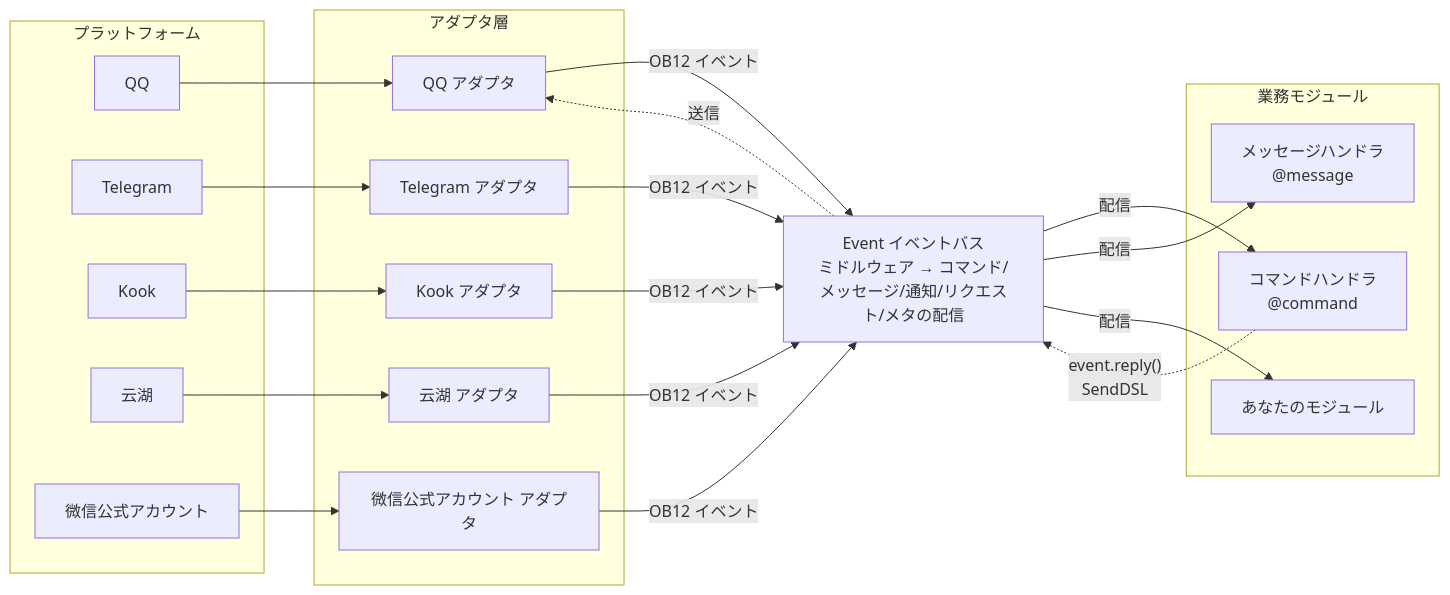
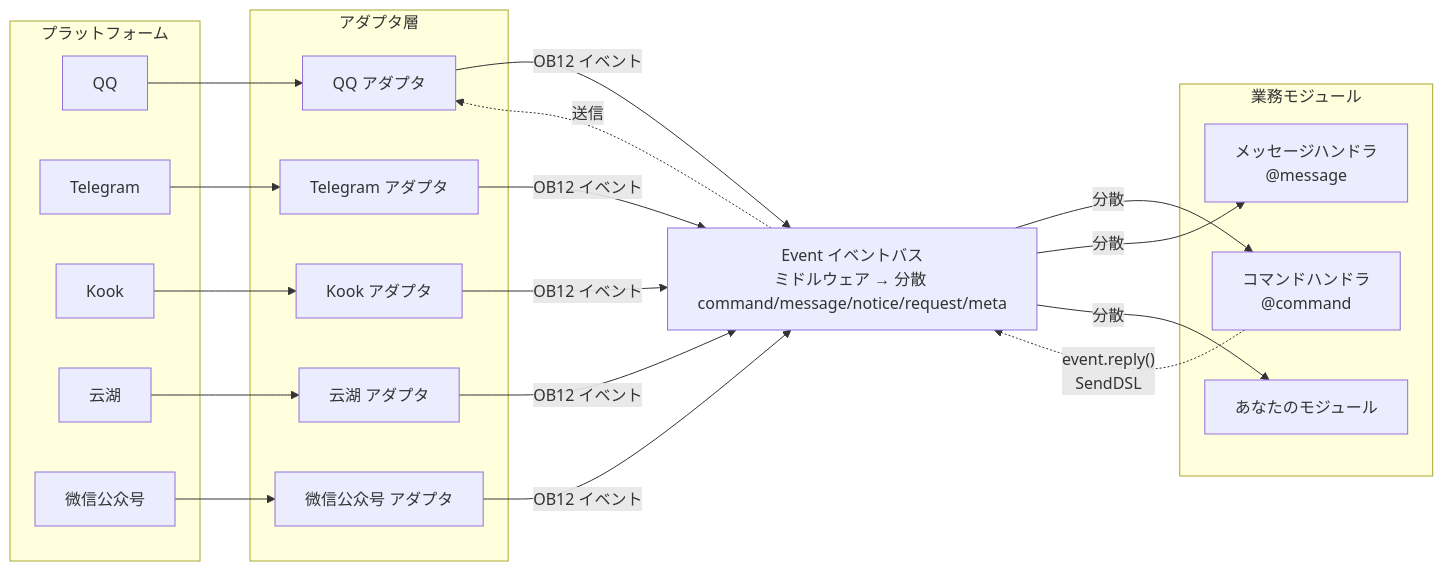
One commit to ErisPulse/ErisPulse changed the first of 2 diagrams in README.ja.md. Above: the diagram before and after it, drawn with Mermaid. The commit also changed other lines of this file and 7 other files, not shown here.

````diff
--- a/README.ja.md
+++ b/README.ja.md
@@ -112,45 +112,45 @@
 ```mermaid
 graph LR
     subgraph Platforms[プラットフォーム]
         QQ["QQ"]
         TG["Telegram"]
         Kook["Kook"]
         YH["云湖"]
-        WX["微信公式アカウント"]
+        WX["微信公众号"]
     end
 
     subgraph Adapters[アダプタ層]
         A1["QQ アダプタ"]
         A2["Telegram アダプタ"]
         A3["Kook アダプタ"]
         A4["云湖 アダプタ"]
-        A5["微信公式アカウント アダプタ"]
+        A5["微信公众号 アダプタ"]
     end
 
-    Event["Event イベントバス<br/>ミドルウェア → コマンド/メッセージ/通知/リクエスト/メタの配信"]
+    Event["Event イベントバス<br/>ミドルウェア → 分散 command/message/notice/request/meta"]
 
     subgraph Modules[業務モジュール]
         M1["コマンドハンドラ<br/>@command"]
         M2["メッセージハンドラ<br/>@message"]
         M3["あなたのモジュール"]
     end
 
     QQ --> A1
     TG --> A2
     Kook --> A3
     YH --> A4
     WX --> A5
 
     A1 -->|"OB12 イベント"| Event
     A2 -->|"OB12 イベント"| Event
     A3 -->|"OB12 イベント"| Event
     A4 -->|"OB12 イベント"| Event
     A5 -->|"OB12 イベント"| Event
 
-    Event -->|"配信"| M1
-    Event -->|"配信"| M2
-    Event -->|"配信"| M3
+    Event -->|"分散"| M1
+    Event -->|"分散"| M2
+    Event -->|"分散"| M3
 
     M1 -.->|"event.reply()<br/>SendDSL"| Event
     Event -.->|"送信"| A1
 ```
````
